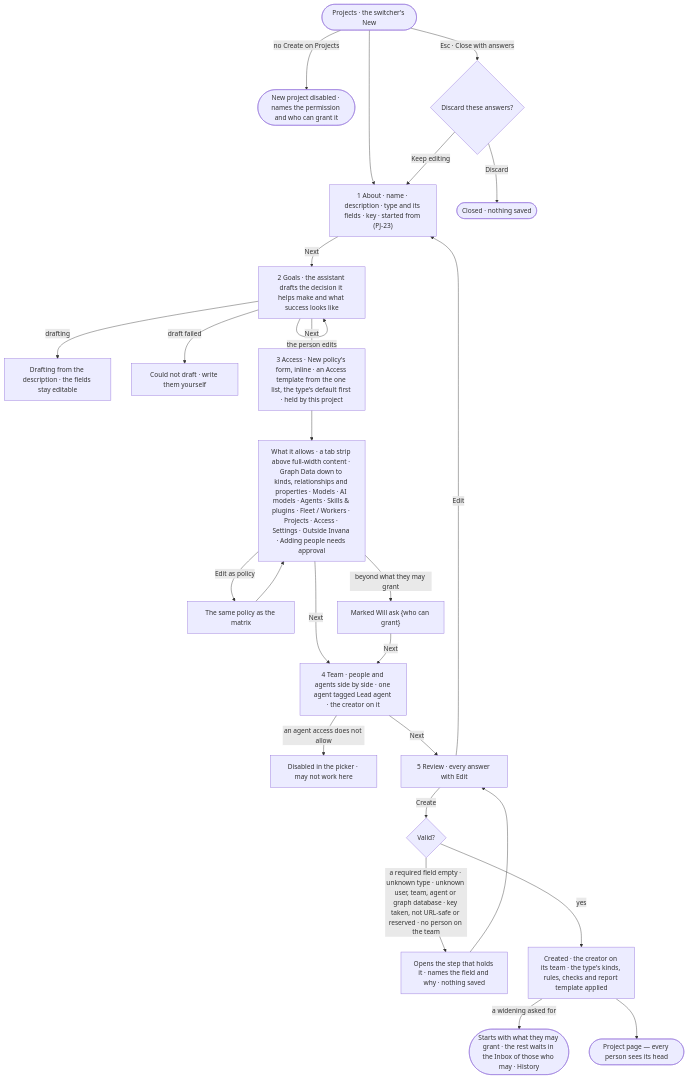
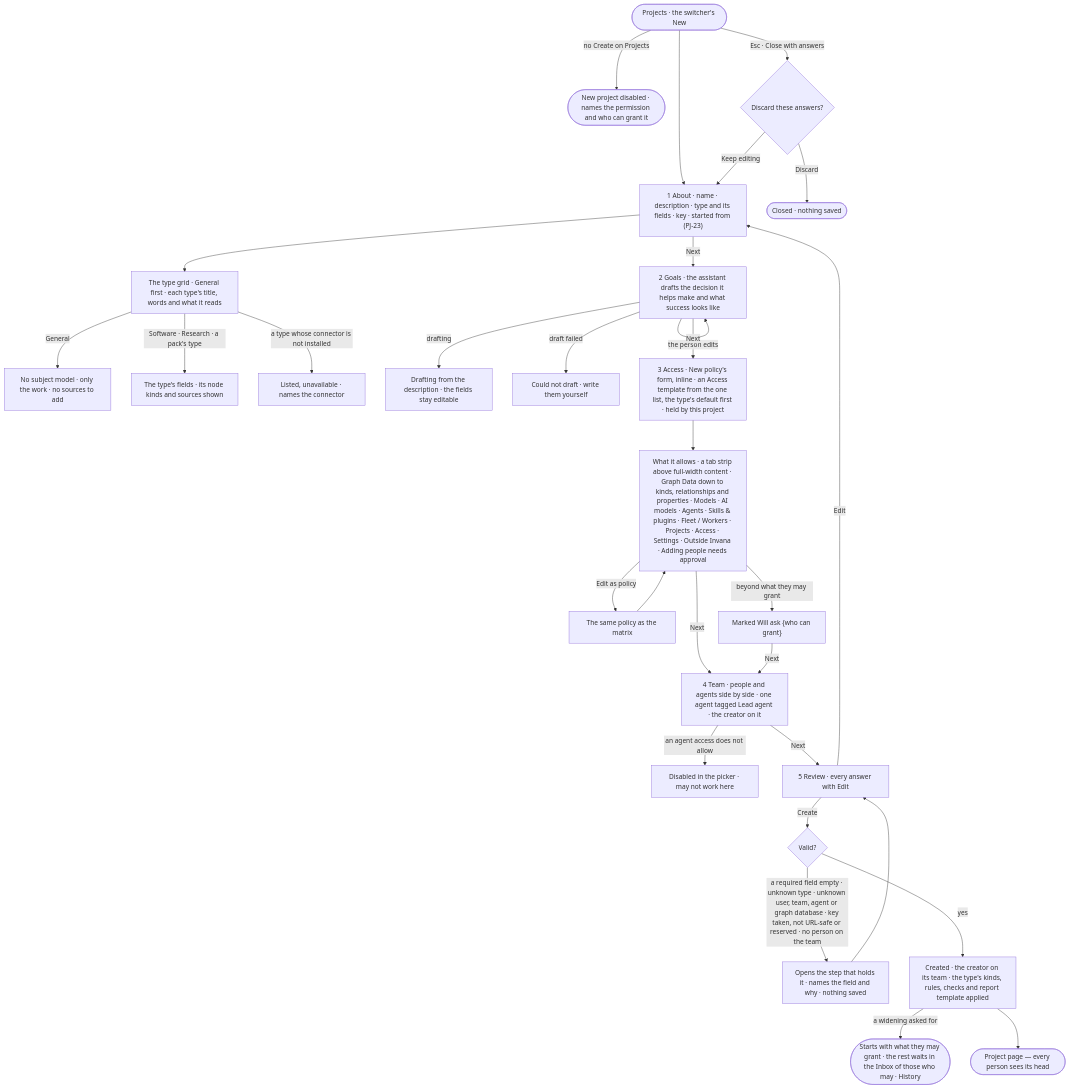
The diagram in specs/capabilities/projects/features/PJ-F01-projects-and-tasks/stories/PJ-02-start-a-project-of-its-type/story.md (invana/invana), drawn with Mermaid before and after one commit. The commit also changed other lines of this file and 1 other file, not shown here.

Commit message:
wip(platform-design-1): P05 · step 2 — create-project flow follows the manifest

````diff
--- a/specs/capabilities/projects/features/PJ-F01-projects-and-tasks/stories/PJ-02-start-a-project-of-its-type/story.md
+++ b/specs/capabilities/projects/features/PJ-F01-projects-and-tasks/stories/PJ-02-start-a-project-of-its-type/story.md
@@ -31,26 +31,30 @@
 ```mermaid
 flowchart TD
   s([Projects · the switcher's New]) -->|no Create on Projects| off(["New project disabled · names the permission and who can grant it"])
   s --> a["1 About · name · description · type and its fields · key · started from (PJ-23)"]
+  a --> tg["The type grid · General first · each type's title, words and what it reads"]
+  tg -->|General| gn["No subject model · only the work · no sources to add"]
+  tg -->|Software · Research · a pack's type| tf["The type's fields · its node kinds and sources shown"]
+  tg -->|a type whose connector is not installed| tu["Listed, unavailable · names the connector"]
   a -->|Next| g["2 Goals · the assistant drafts the decision it helps make and what success looks like"]
   g -->|drafting| gl["Drafting from the description · the fields stay editable"]
   g -->|draft failed| gf["Could not draft · write them yourself"]
   g -->|the person edits| g
   g -->|Next| d["3 Access · New policy's form, inline · an Access template from the one list, the type's default first · held by this project"]
   d --> form["What it allows · a tab strip above full-width content · Graph Data down to kinds, relationships and properties · Models · AI models · Agents · Skills & plugins · Fleet / Workers · Projects · Access · Settings · Outside Invana · Adding people needs approval"]
   form -->|Edit as policy| mx["The same policy as the matrix"] --> form
   form -->|beyond what they may grant| askn["Marked Will ask {who can grant}"]
   form -->|Next| t["4 Team · people and agents side by side · one agent tagged Lead agent · the creator on it"]
   askn -->|Next| t
   t -->|an agent access does not allow| na["Disabled in the picker · may not work here"]
   t -->|Next| r["5 Review · every answer with Edit"]
   r -->|Edit| a
   r -->|Create| v{"Valid?"}
   v -->|a required field empty · unknown type · unknown user, team, agent or graph database · key taken, not URL-safe or reserved · no person on the team| ref["Opens the step that holds it · names the field and why · nothing saved"] --> r
   v -->|yes| c["Created · the creator on its team · the type's kinds, rules, checks and report template applied"]
   c -->|a widening asked for| pend(["Starts with what they may grant · the rest waits in the Inbox of those who may · History"])
   c --> pg(["Project page — every person sees its head"])
   s -->|Esc · Close with answers| x{"Discard these answers?"}
   x -->|Keep editing| a
   x -->|Discard| out(["Closed · nothing saved"])
 ```
````
